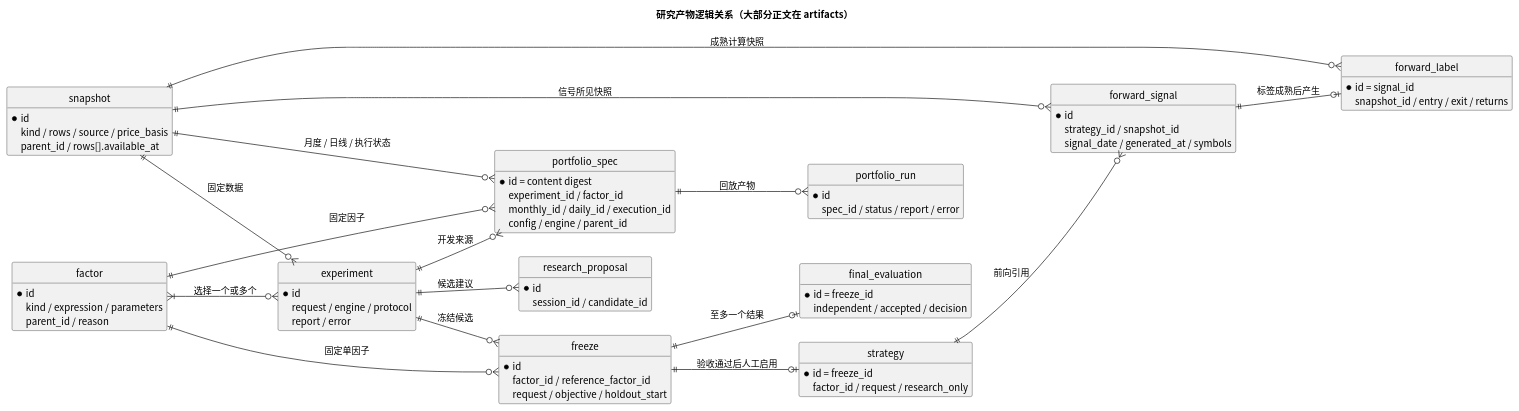
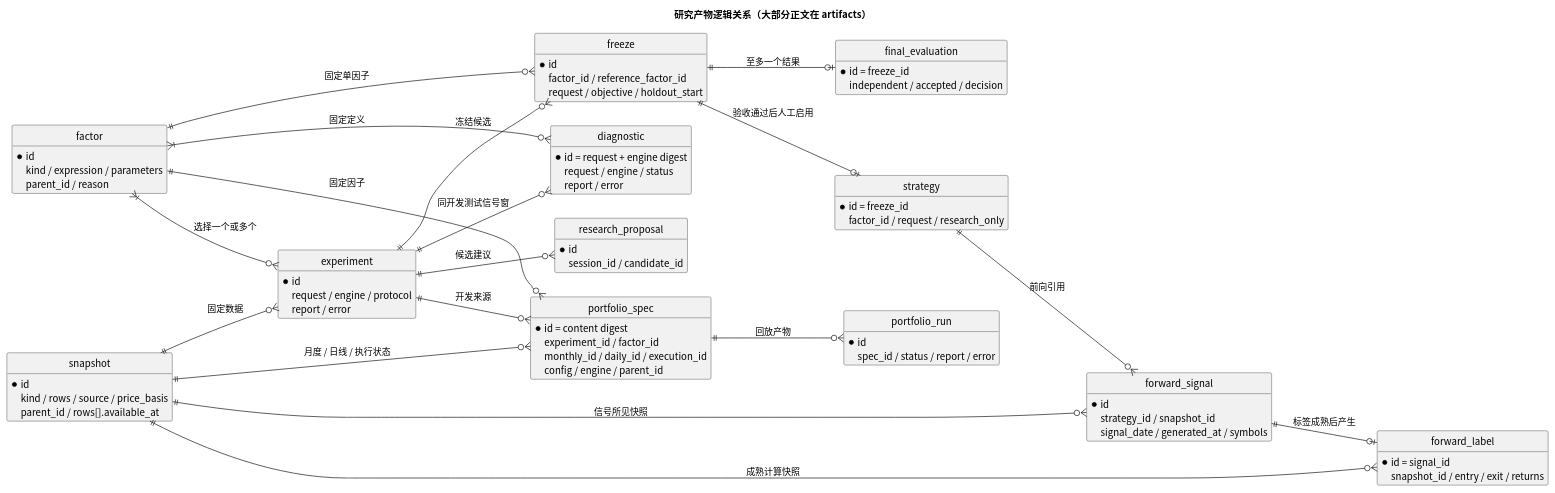
The third of 6 diagrams in docs/design/MODULES.md (zeki-zhao/Quantify), drawn with PlantUML before and after one commit. The commit also changed other lines of this file and 41 other files, not shown here.

````diff
--- a/docs/design/MODULES.md
+++ b/docs/design/MODULES.md
@@ -170,75 +180,82 @@
 ```plantuml
 @startuml artifact_relations
 skinparam defaultFontName Noto Sans CJK SC
 hide methods
 hide circle
 left to right direction
 title 研究产物逻辑关系（大部分正文在 artifacts）
 entity "snapshot" as snapshot {
   * id
   kind / rows / source / price_basis
   parent_id / rows[].available_at
 }
 entity "factor" as factor {
   * id
   kind / expression / parameters
   parent_id / reason
 }
 entity "experiment" as experiment {
   * id
   request / engine / protocol
   report / error
 }
 entity "research_proposal" as proposal {
   * id
   session_id / candidate_id
 }
 entity "freeze" as frozen {
   * id
   factor_id / reference_factor_id
   request / objective / holdout_start
 }
 entity "final_evaluation" as final {
   * id = freeze_id
   independent / accepted / decision
 }
 entity "strategy" as strategy {
   * id = freeze_id
   factor_id / request / research_only
 }
 entity "forward_signal" as sig {
   * id
   strategy_id / snapshot_id
   signal_date / generated_at / symbols
 }
 entity "forward_label" as label {
   * id = signal_id
   snapshot_id / entry / exit / returns
 }
 snapshot ||--o{ experiment : 固定数据
 factor }|--o{ experiment : 选择一个或多个
 experiment ||--o{ proposal : 候选建议
 entity "portfolio_spec" as ps {
   * id = content digest
   experiment_id / factor_id
   monthly_id / daily_id / execution_id
   config / engine / parent_id
 }
 entity "portfolio_run" as pr {
   * id
   spec_id / status / report / error
 }
+entity "diagnostic" as diag {
+  * id = request + engine digest
+  request / engine / status
+  report / error
+}
+experiment ||--o{ diag : 同开发测试信号窗
+factor }|--o{ diag : 固定定义
 experiment ||--o{ ps : 开发来源
 factor ||--o{ ps : 固定因子
 snapshot ||--o{ ps : 月度 / 日线 / 执行状态
 ps ||--o{ pr : 回放产物
 experiment ||--o{ frozen : 冻结候选
 factor ||--o{ frozen : 固定单因子
 frozen ||--o| final : 至多一个结果
 frozen ||--o| strategy : 验收通过后人工启用
 strategy ||--o{ sig : 前向引用
 snapshot ||--o{ sig : 信号所见快照
 sig ||--o| label : 标签成熟后产生
 snapshot ||--o{ label : 成熟计算快照
 @enduml
 ```
````
